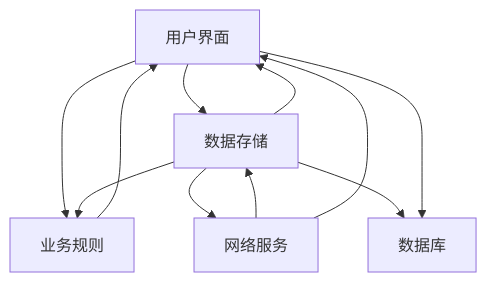
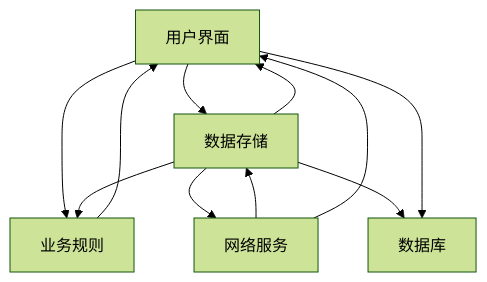
Before and after one commit to WJRye/wjrye.github.io: the first of 2 diagrams in _posts/2024-07-24-Software-Architect-Intro.md, drawn with Mermaid. The commit also changed other lines of this file and 1 other file, not shown here.

Commit message:
fix: mermaid 图显示不出来问题

````diff
--- a/_posts/2024-07-24-Software-Architect-Intro.md
+++ b/_posts/2024-07-24-Software-Architect-Intro.md
@@ -134,13 +133,14 @@
-<div class="mermaid">
-graph TD;
-    用户界面 --> 数据存储;
-    用户界面 --> 业务规则;
-    数据存储 --> 用户界面;
-    数据存储 --> 业务规则;
-    业务规则 --> 用户界面;
-    数据存储 --> 网络服务;
-    网络服务 --> 数据存储;
-    网络服务 --> 用户界面;
-    数据存储 --> 数据库;
-    用户界面 --> 数据库;
-</div>
+```mermaid
+%%{ init : { "theme": "forest" } }%%
+graph TD
+    用户界面 --> 数据存储
+    用户界面 --> 业务规则
+    数据存储 --> 用户界面
+    数据存储 --> 业务规则
+    业务规则 --> 用户界面
+    数据存储 --> 网络服务
+    网络服务 --> 数据存储
+    网络服务 --> 用户界面
+    数据存储 --> 数据库
+    用户界面 --> 数据库
+```
````
